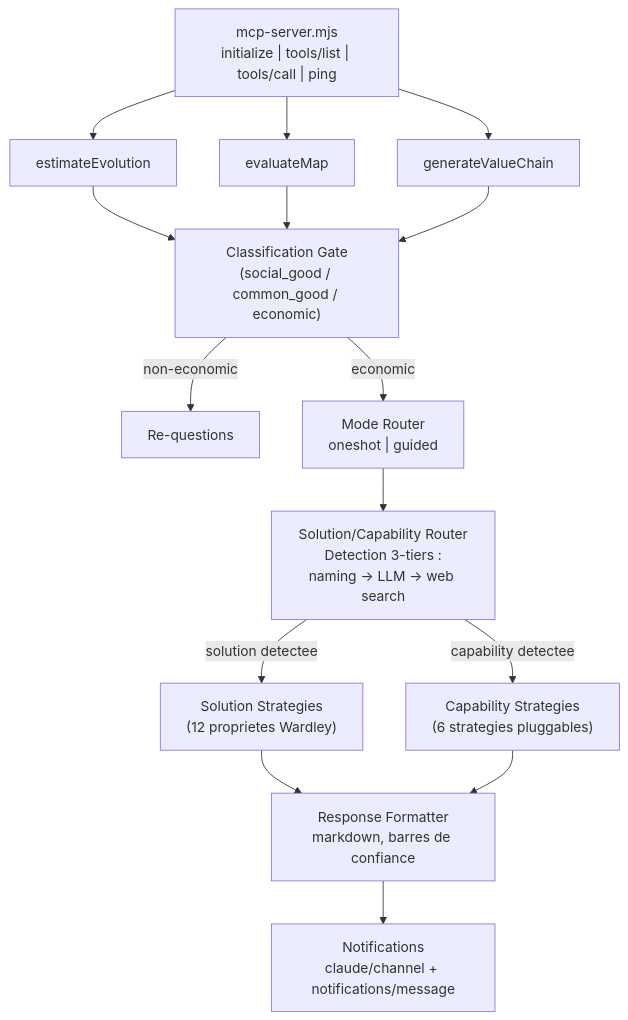
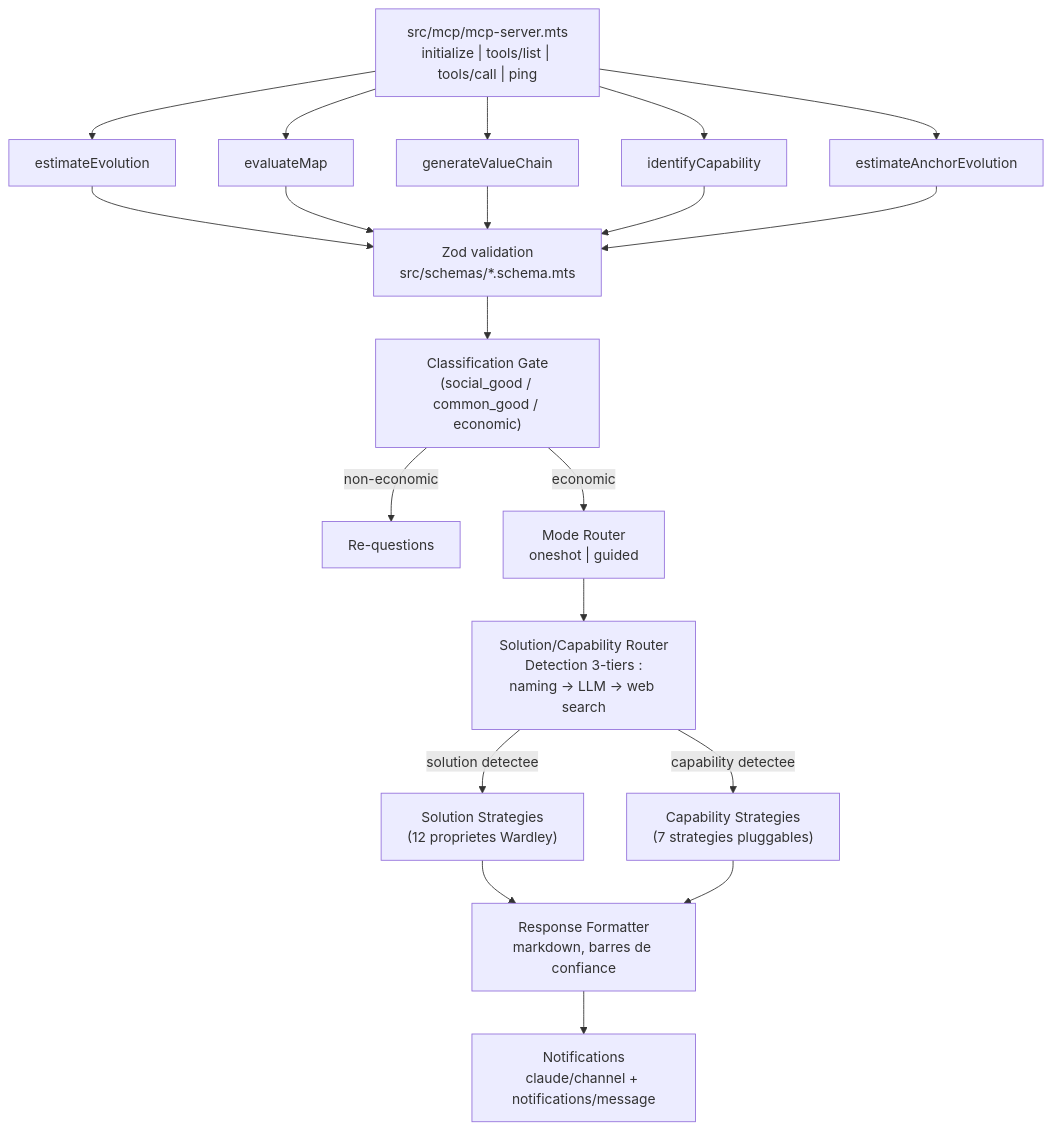
One commit to formicoidea/labre-mcp changed the first of 6 diagrams in docs/architecture.md. Above: the diagram before and after it, drawn with Mermaid. The commit also changed other lines of this file and 11 other files, not shown here.

````diff
--- a/docs/architecture.md
+++ b/docs/architecture.md
@@ -9,19 +9,22 @@
 ```mermaid
 flowchart TD
-    MCP["mcp-server.mjs\ninitialize | tools/list | tools/call | ping"]
+    MCP["src/mcp/mcp-server.mts\ninitialize | tools/list | tools/call | ping"]
     MCP --> EE["estimateEvolution"]
     MCP --> EM["evaluateMap"]
     MCP --> GV["generateValueChain"]
+    MCP --> IC["identifyCapability"]
+    MCP --> AN["estimateAnchorEvolution"]
 
-    EE & EM & GV --> CG["Classification Gate\n(social_good / common_good / economic)"]
+    EE & EM & GV & IC & AN --> Zod["Zod validation\nsrc/schemas/*.schema.mts"]
+    Zod --> CG["Classification Gate\n(social_good / common_good / economic)"]
     CG -->|"non-economic"| RQ["Re-questions"]
     CG -->|"economic"| MR["Mode Router\noneshot | guided"]
 
     MR --> SCR["Solution/Capability Router\nDetection 3-tiers :\nnaming → LLM → web search"]
 
     SCR -->|"solution detectee"| SS["Solution Strategies\n(12 proprietes Wardley)"]
-    SCR -->|"capability detectee"| CS["Capability Strategies\n(6 strategies pluggables)"]
+    SCR -->|"capability detectee"| CS["Capability Strategies\n(7 strategies pluggables)"]
 
     SS & CS --> RF["Response Formatter\nmarkdown, barres de confiance"]
     RF --> N["Notifications\nclaude/channel + notifications/message"]
 ```
````
